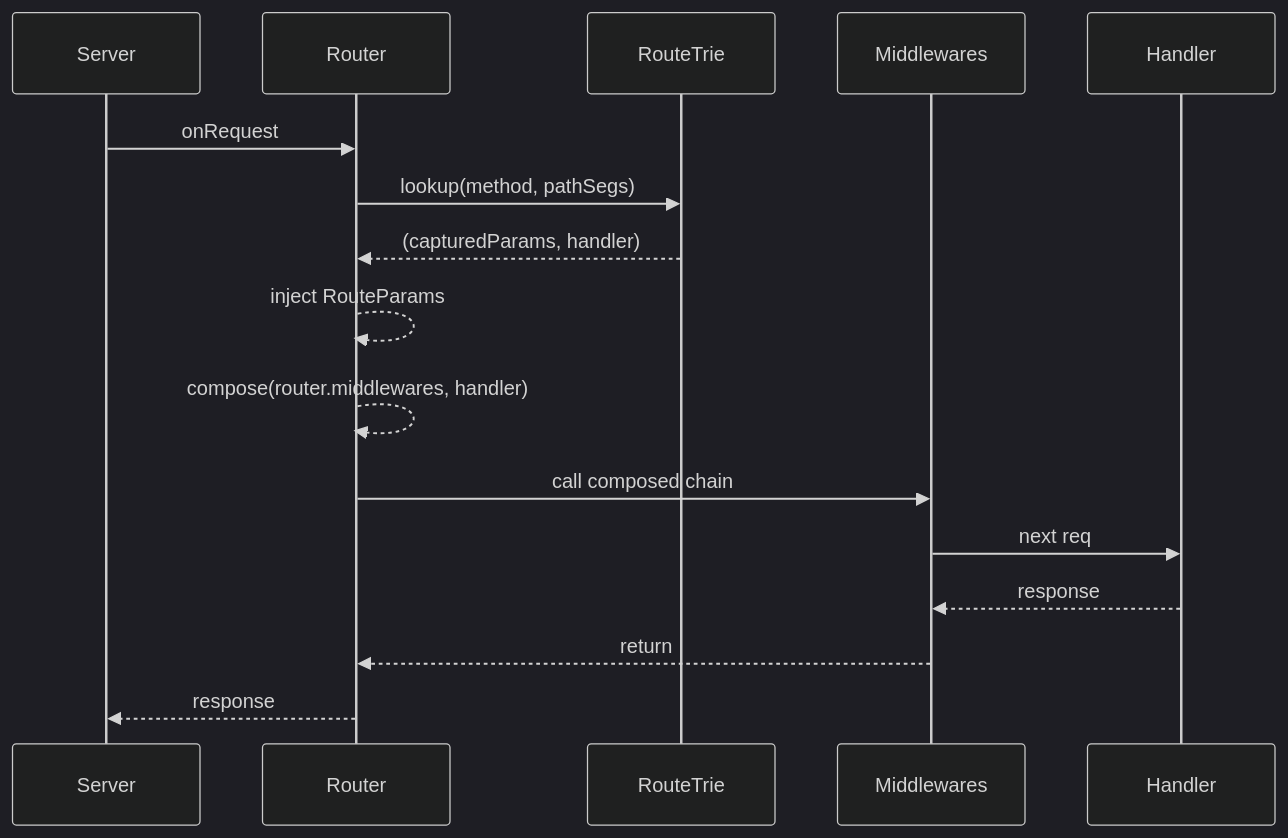
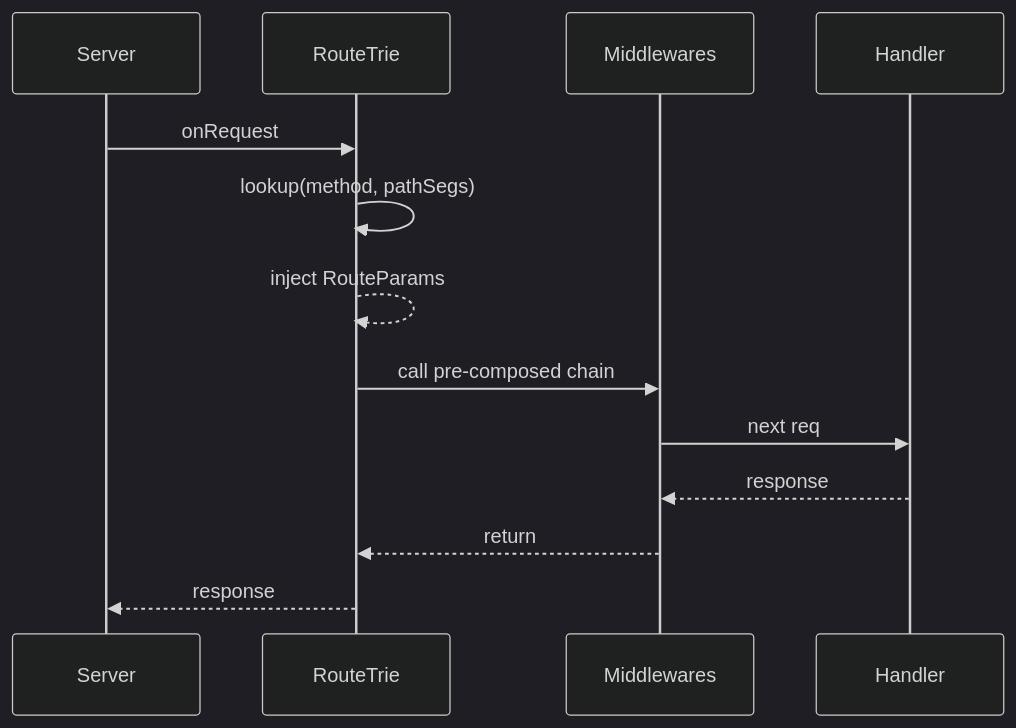
One commit to ecyrbe/leanio changed the third of 3 diagrams in README.md. Above: the diagram before and after it, drawn with Mermaid (dark theme). The commit also changed other lines of this file and 9 other files, not shown here.

Commit message:
refactor: make Router declarative on compiled into a RouteTrie at serve time

````diff
--- a/README.md
+++ b/README.md
@@ -947,18 +958,15 @@
 ```mermaid
 sequenceDiagram
   participant S as Server
-  participant R as Router
   participant T as RouteTrie
   participant M as Middlewares
   participant H as Handler
-  S->>R: onRequest
-  R->>T: lookup(method, pathSegs)
-  T-->>R: (capturedParams, handler)
-  R-->>R: inject RouteParams
-  R-->>R: compose(router.middlewares, handler)
-  R->>M: call composed chain
+  S->>T: onRequest
+  T->>T: lookup(method, pathSegs)
+  T-->>T: inject RouteParams
+  T->>M: call pre-composed chain
   M->>H: next req
   H-->>M: response
-  M-->>R: return
-  R-->>S: response
+  M-->>T: return
+  T-->>S: response
 ```
````
